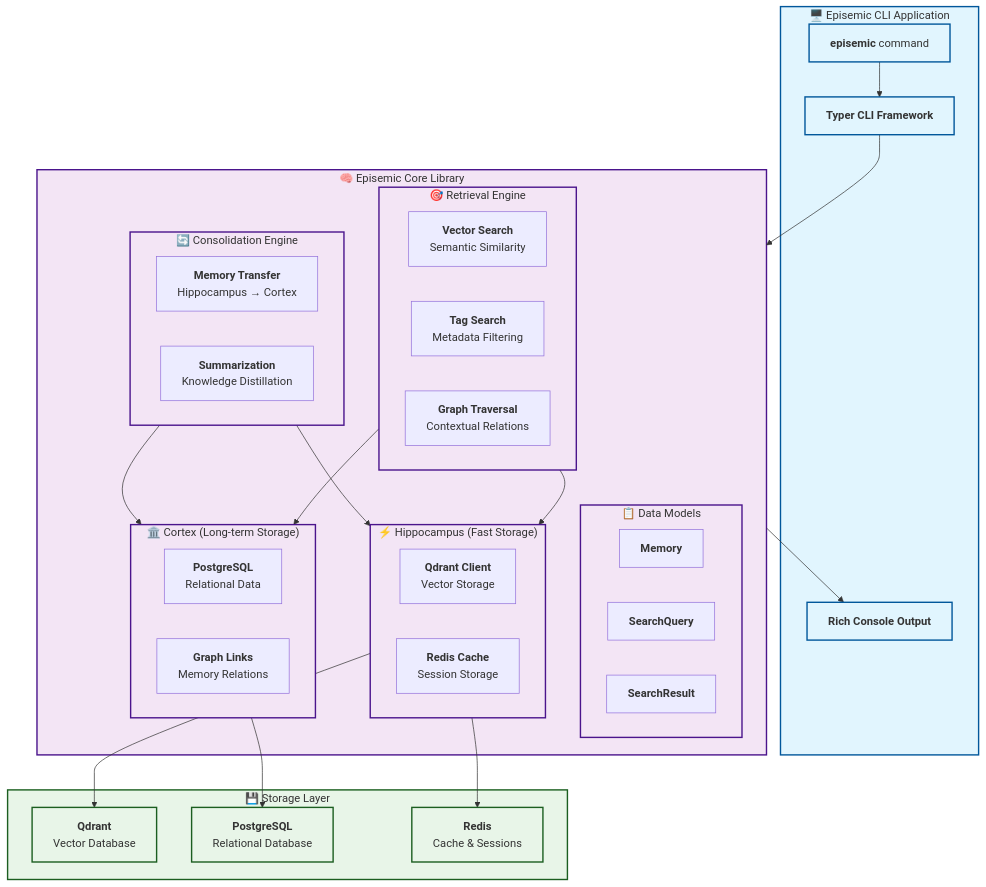
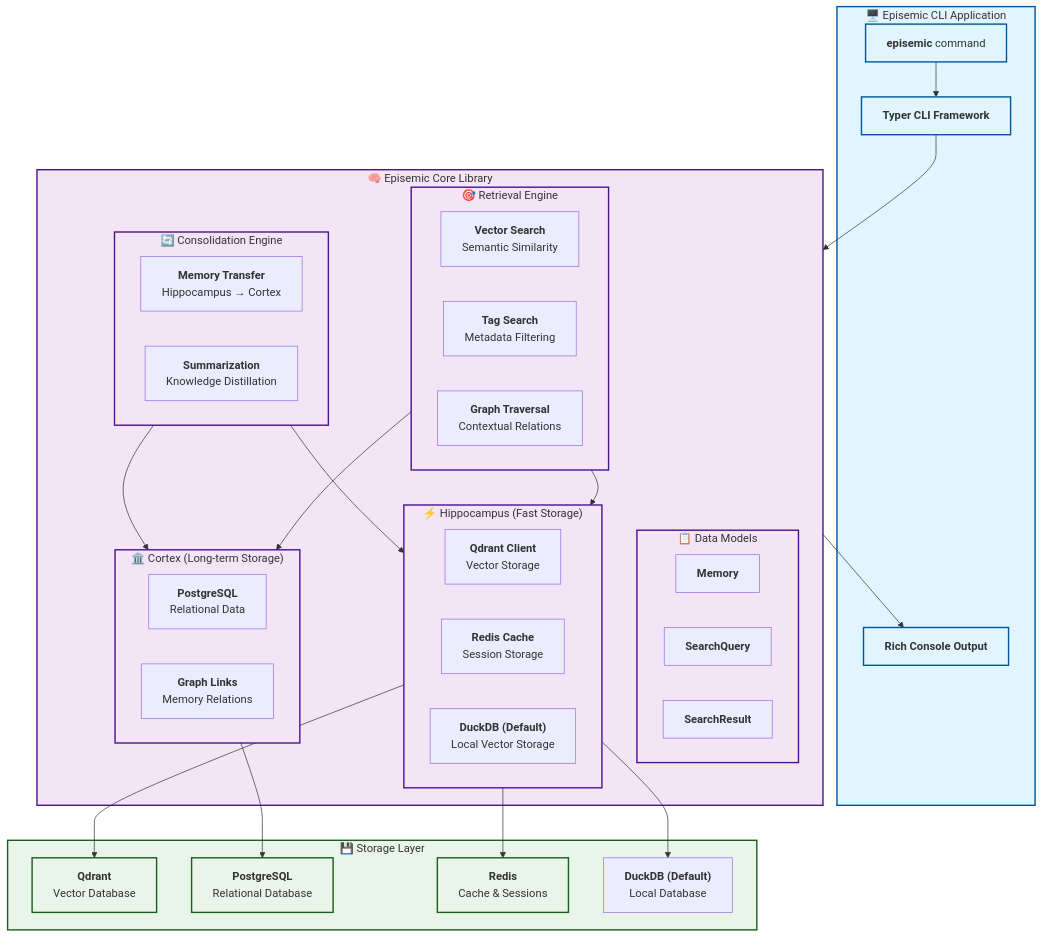
Before and after one commit to episemic/episemic: the second of 2 diagrams in README.md, drawn with Mermaid. The commit also changed other lines of this file and 13 other files, not shown here.

First line of the commit message:
Implement comprehensive DuckDB fallback storage with 58% test coverage

````diff
--- a/README.md
+++ b/README.md
@@ -71,77 +71,82 @@
 ```mermaid
 graph TB
     subgraph CLI["🖥️ Episemic CLI Application"]
         CMD["`**episemic** command`"]
         TYPER["`**Typer CLI Framework**`"]
         RICH["`**Rich Console Output**`"]
     end
 
     subgraph Core["🧠 Episemic Core Library"]
         subgraph Models["📋 Data Models"]
             M1["`**Memory**`"]
             M2["`**SearchQuery**`"]
             M3["`**SearchResult**`"]
         end
 
         subgraph Hippocampus["⚡ Hippocampus (Fast Storage)"]
             H1["`**Qdrant Client**
             Vector Storage`"]
             H2["`**Redis Cache**
             Session Storage`"]
+            H3["`**DuckDB (Default)**
+            Local Vector Storage`"]
         end
 
         subgraph Cortex["🏛️ Cortex (Long-term Storage)"]
             C1["`**PostgreSQL**
             Relational Data`"]
             C2["`**Graph Links**
             Memory Relations`"]
         end
 
         subgraph Consolidation["🔄 Consolidation Engine"]
             CON1["`**Memory Transfer**
             Hippocampus → Cortex`"]
             CON2["`**Summarization**
             Knowledge Distillation`"]
         end
 
         subgraph Retrieval["🎯 Retrieval Engine"]
             R1["`**Vector Search**
             Semantic Similarity`"]
             R2["`**Tag Search**
             Metadata Filtering`"]
             R3["`**Graph Traversal**
             Contextual Relations`"]
         end
     end
 
     subgraph Storage["💾 Storage Layer"]
         QDRANT["`**Qdrant**
         Vector Database`"]
         POSTGRES["`**PostgreSQL**
         Relational Database`"]
         REDIS["`**Redis**
         Cache & Sessions`"]
+        DUCKDB["`**DuckDB (Default)**
+        Local Database`"]
     end
 
     CMD --> TYPER
     TYPER --> Core
     Core --> RICH
 
     Hippocampus --> QDRANT
     Hippocampus --> REDIS
+    Hippocampus --> DUCKDB
     Cortex --> POSTGRES
 
     Consolidation --> Hippocampus
     Consolidation --> Cortex
 
     Retrieval --> Hippocampus
     Retrieval --> Cortex
 
     classDef cli fill:#e1f5fe,stroke:#01579b,stroke-width:2px
     classDef core fill:#f3e5f5,stroke:#4a148c,stroke-width:2px
     classDef storage fill:#e8f5e8,stroke:#1b5e20,stroke-width:2px
 
     class CLI,CMD,TYPER,RICH cli
     class Core,Models,Hippocampus,Cortex,Consolidation,Retrieval core
     class Storage,QDRANT,POSTGRES,REDIS storage
 ```
````
